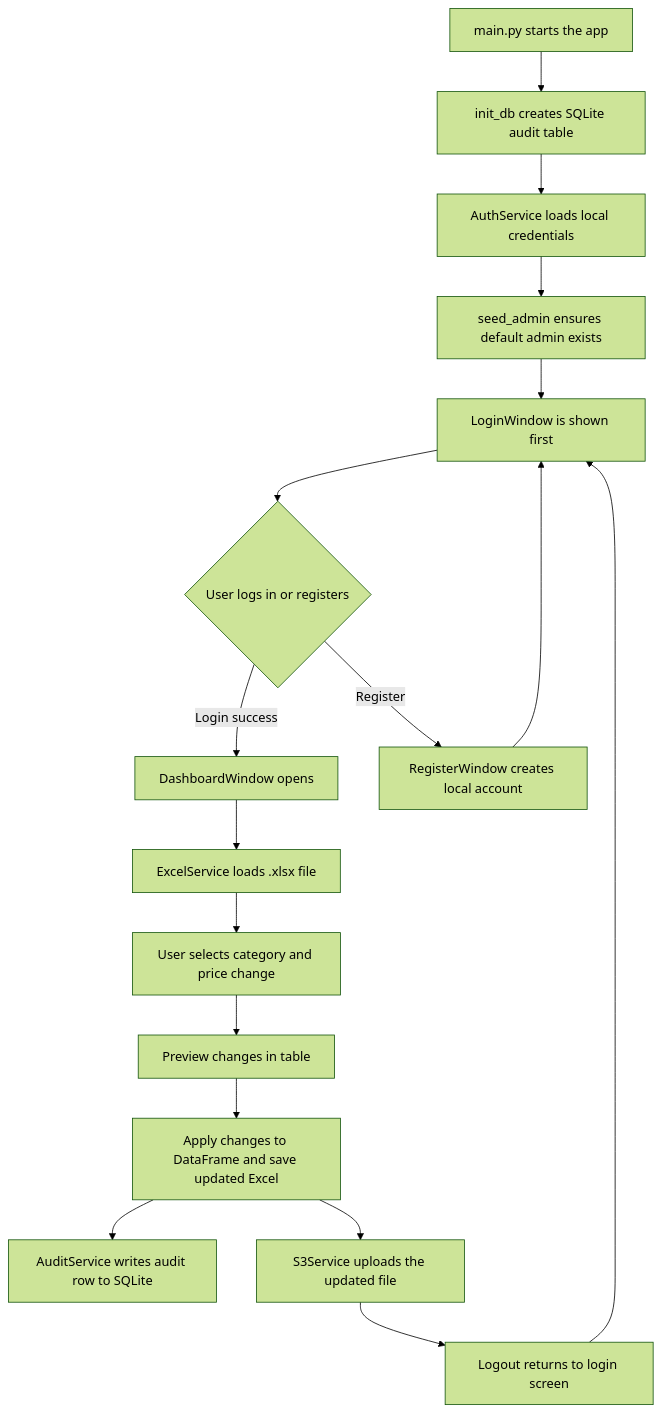
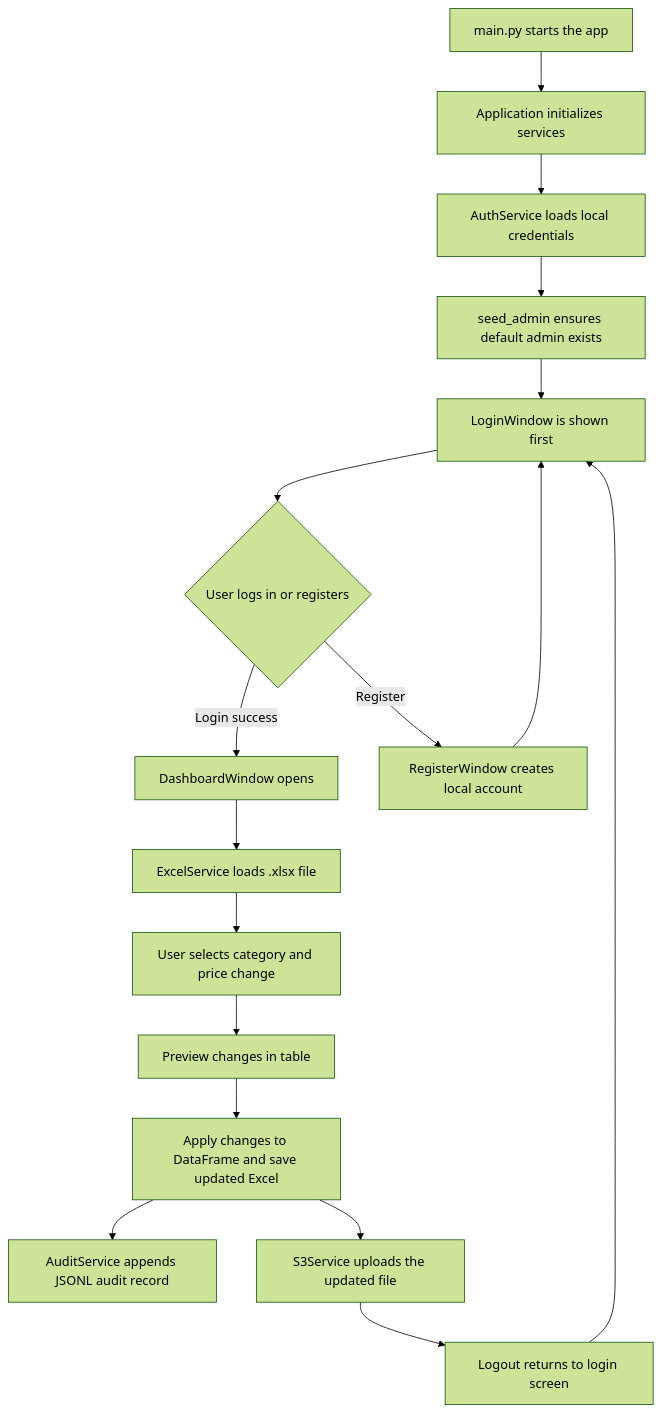
The diagram in APPLICATION_FLOW.md (vishnu5070/pizza-price-modifier), drawn with Mermaid (forest theme) before and after one commit. The commit also changed other lines of this file and 7 other files, not shown here.

Commit message:
Refactor audit logging to use JSONL file instead of SQLite, remove database module, and update application flow documentation

````diff
--- a/APPLICATION_FLOW.md
+++ b/APPLICATION_FLOW.md
@@ -9,19 +9,19 @@
 ```mermaid
 flowchart TD
-    A[main.py starts the app] --> B[init_db creates SQLite audit table]
+    A[main.py starts the app] --> B[Application initializes services]
     B --> C[AuthService loads local credentials]
     C --> D[seed_admin ensures default admin exists]
     D --> E[LoginWindow is shown first]
     E --> F{User logs in or registers}
     F -->|Login success| G[DashboardWindow opens]
     F -->|Register| H[RegisterWindow creates local account]
     H --> E
     G --> I[ExcelService loads .xlsx file]
     I --> J[User selects category and price change]
     J --> K[Preview changes in table]
     K --> L[Apply changes to DataFrame and save updated Excel]
-    L --> M[AuditService writes audit row to SQLite]
+    L --> M[AuditService appends JSONL audit record]
     L --> N[S3Service uploads the updated file]
     N --> O[Logout returns to login screen]
     O --> E
 ```
````
